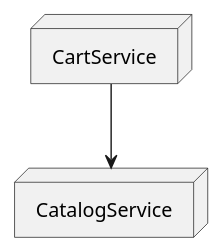
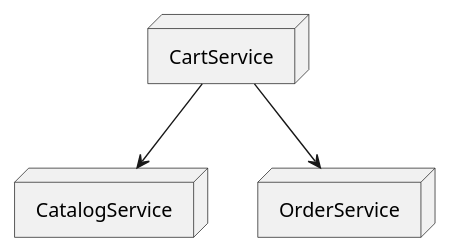
The diagram in service.puml (Service360-SampleOrg/CartService), drawn with PlantUML before and after one commit. The commit also changed 1 other file, not shown here.

```diff
--- a/service.puml
+++ b/service.puml
@@ -2,11 +2,15 @@
 @startuml
 
 node CatalogService {
 }
 
 node CartService{
 }
 
+node OrderService {
+}
+
 CartService --> CatalogService
+CartService --> OrderService
 
 @enduml
```
